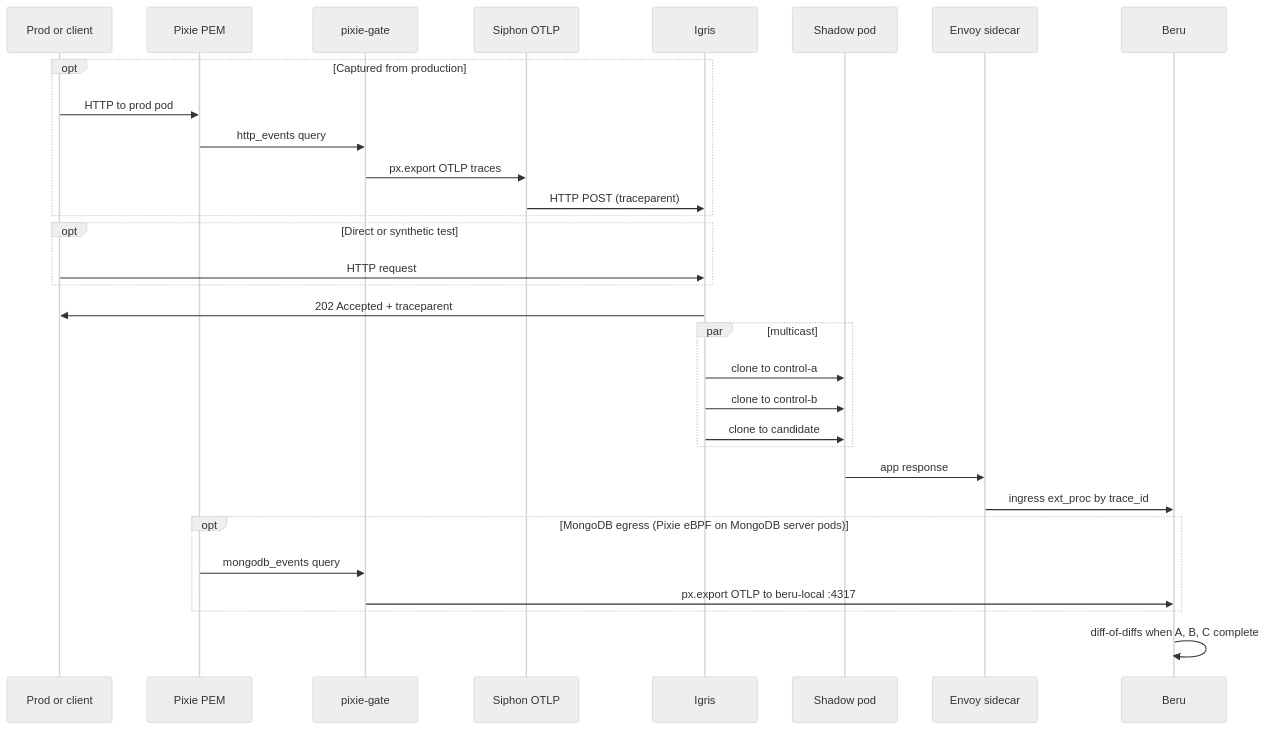
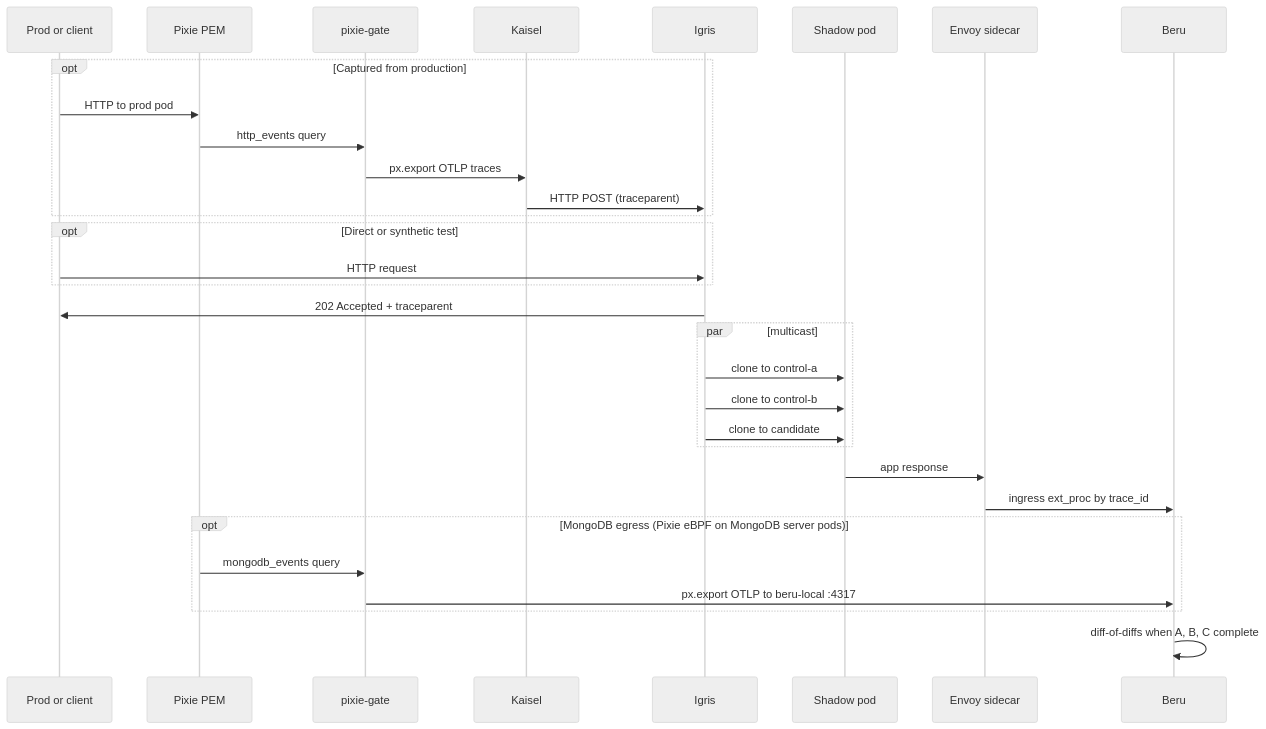
Before and after one commit to nederrgo/shadow-diff: the third of 5 diagrams in docs/architecture/ARCHITECTURE.md, drawn with Mermaid (neutral theme). The commit also changed other lines of this file and 120 other files, not shown here.

````diff
--- a/docs/architecture/ARCHITECTURE.md
+++ b/docs/architecture/ARCHITECTURE.md
@@ -303,34 +302,34 @@
 ```mermaid
 sequenceDiagram
   participant P as Prod or client
   participant Pix as Pixie PEM
   participant Br as pixie-gate
-  participant S as Siphon OTLP
+  participant S as Kaisel
   participant I as Igris
   participant Sh as Shadow pod
   participant E as Envoy sidecar
   participant B as Beru
 
   opt Captured from production
     P->>Pix: HTTP to prod pod
     Pix->>Br: http_events query
     Br->>S: px.export OTLP traces
     S->>I: HTTP POST (traceparent)
   end
   opt Direct or synthetic test
     P->>I: HTTP request
   end
   I->>P: 202 Accepted + traceparent
   par multicast
     I->>Sh: clone to control-a
     I->>Sh: clone to control-b
     I->>Sh: clone to candidate
   end
   Sh->>E: app response
   E->>B: ingress ext_proc by trace_id
   opt MongoDB egress (Pixie eBPF on MongoDB server pods)
     Pix->>Br: mongodb_events query
     Br->>B: px.export OTLP to beru-local :4317
   end
   B->>B: diff-of-diffs when A, B, C complete
 ```
````
